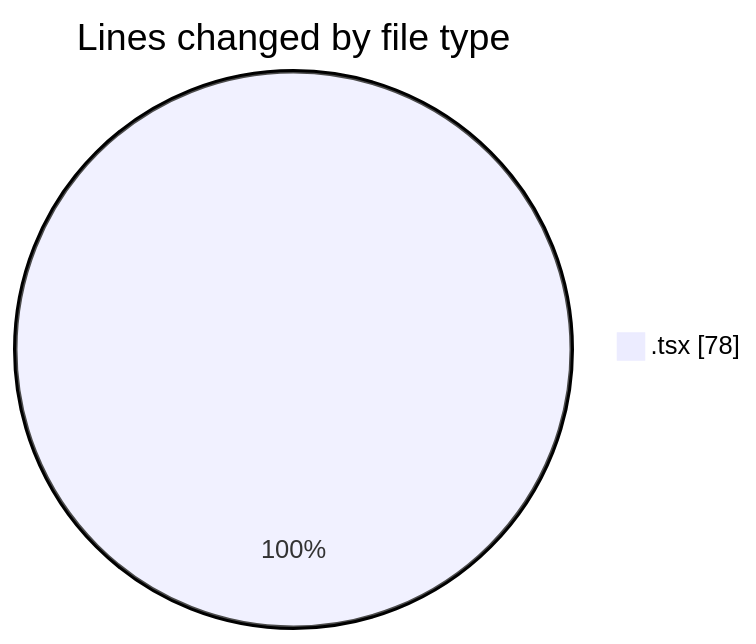
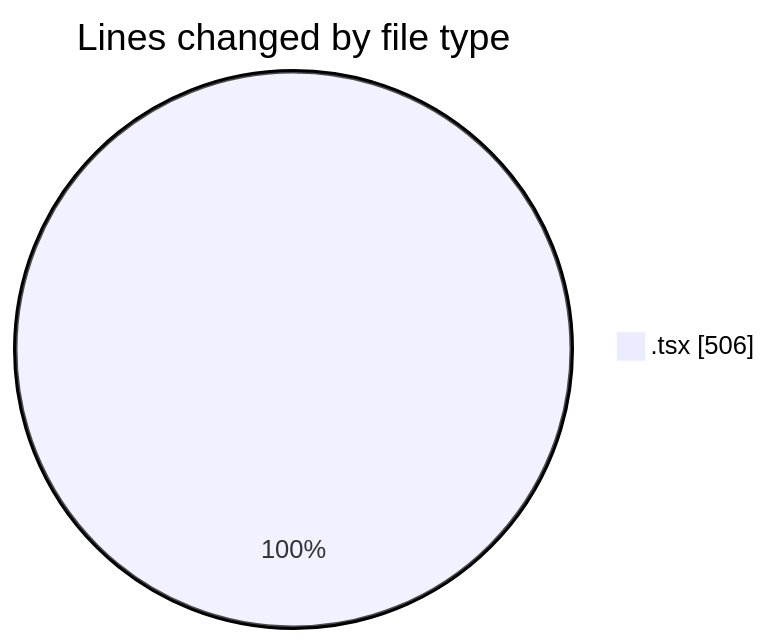
Before and after one commit to momahboobian/code-tracking: the first of 2 diagrams in 2026-04-23/cda/README.md, drawn with Mermaid. The commit also changed other lines of this file and 1 other file, not shown here.

````diff
--- a/2026-04-23/cda/README.md
+++ b/2026-04-23/cda/README.md
@@ -20,5 +25,5 @@
 ```mermaid
 pie showData
 title Lines changed by file type
-".tsx" : 78
+".tsx" : 506
 ```
````
